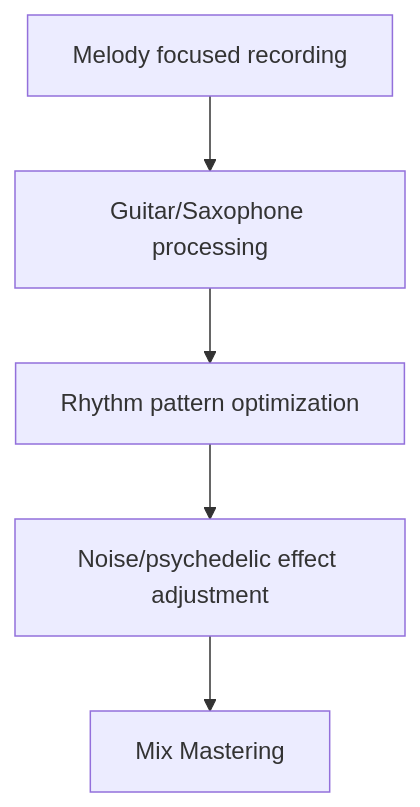
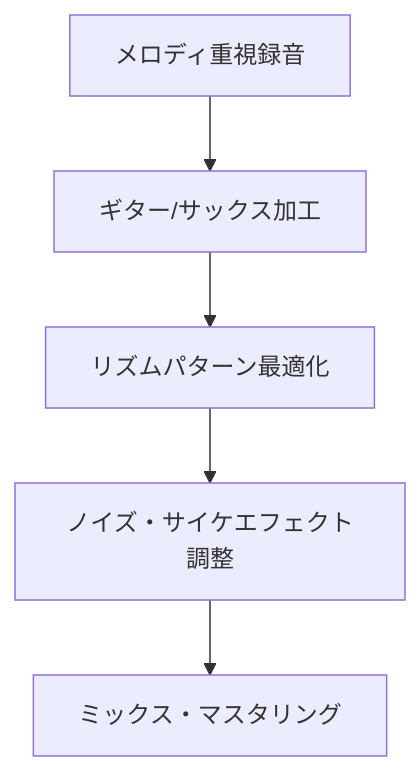
Before and after one commit to monumental-movement/monumental-movement.github.io: the sixth of 18 diagrams in en/_posts/2025-11-22-column-butthole-surfers.md, drawn with Mermaid. The commit also changed other lines of this file and 2196 other files, not shown here.

```diff
--- a/en/_posts/2025-11-22-column-butthole-surfers.md
+++ b/en/_posts/2025-11-22-column-butthole-surfers.md
@@ -173,7 +172,7 @@
 <div class="mermaid">
 flowchart TD
-    A["Melody focused recording"] --> B["Guitar/Saxophone processing"]
-    B --> C["Rhythm pattern optimization"]
-    C --> D["Noise/psychedelic effect adjustment"]
-    D --> E["Mix Mastering"]
+    A["メロディ重視録音"] --> B["ギター/サックス加工"]
+    B --> C["リズムパターン最適化"]
+    C --> D["ノイズ・サイケエフェクト調整"]
+    D --> E["ミックス・マスタリング"]
 </div>
```
